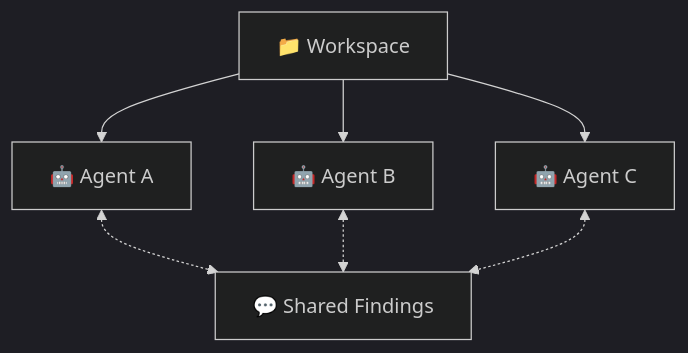
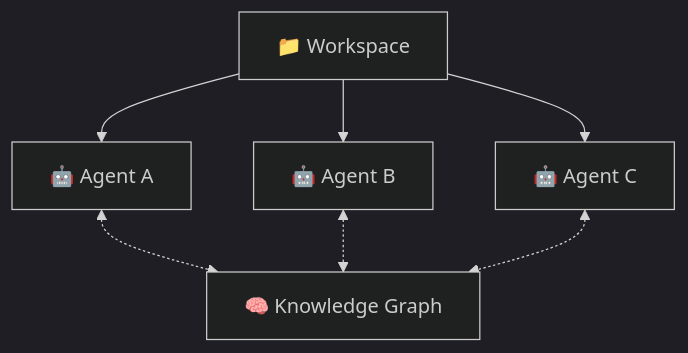
Before and after one commit to nick-pape/grackle: the third of 5 diagrams in README.md, drawn with Mermaid (dark theme). The commit also changed other lines of this file, not shown here.

````diff
--- a/README.md
+++ b/README.md
@@ -67,6 +67,6 @@
 ```mermaid
 graph TD
     P["📁 Workspace"]
     P --> A1["🤖 Agent A"] & A2["🤖 Agent B"] & A3["🤖 Agent C"]
-    A1 & A2 & A3 <-.-> F["💬 Shared Findings"]
+    A1 & A2 & A3 <-.-> K["🧠 Knowledge Graph"]
 ```
````
